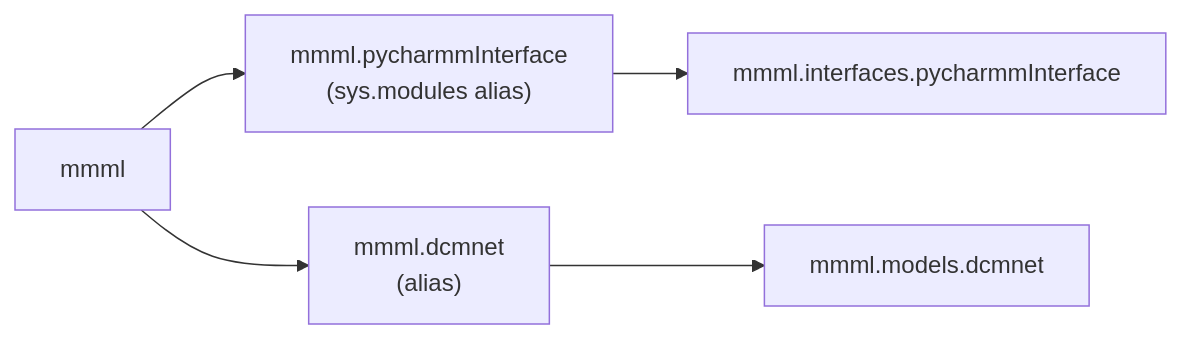
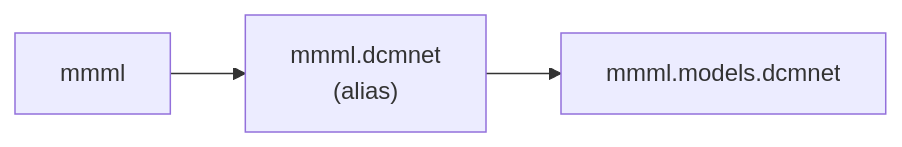
Before and after one commit to EricBoittier/mmml: the third of 8 diagrams in docs/package-architecture.md, drawn with Mermaid. The commit also changed other lines of this file and 21 other files, not shown here.

First line of the commit message:
Refactor pycharmmInterface imports and remove deprecated paths

````diff
--- a/docs/package-architecture.md
+++ b/docs/package-architecture.md
@@ -117,8 +117,6 @@
 ```mermaid
 flowchart LR
   ROOT["mmml"]
-  ROOT --> PI["mmml.pycharmmInterface\n(sys.modules alias)"]
   ROOT --> DC["mmml.dcmnet\n(alias)"]
-  PI --> IFACE["mmml.interfaces.pycharmmInterface"]
   DC --> DCM["mmml.models.dcmnet"]
 ```
````
